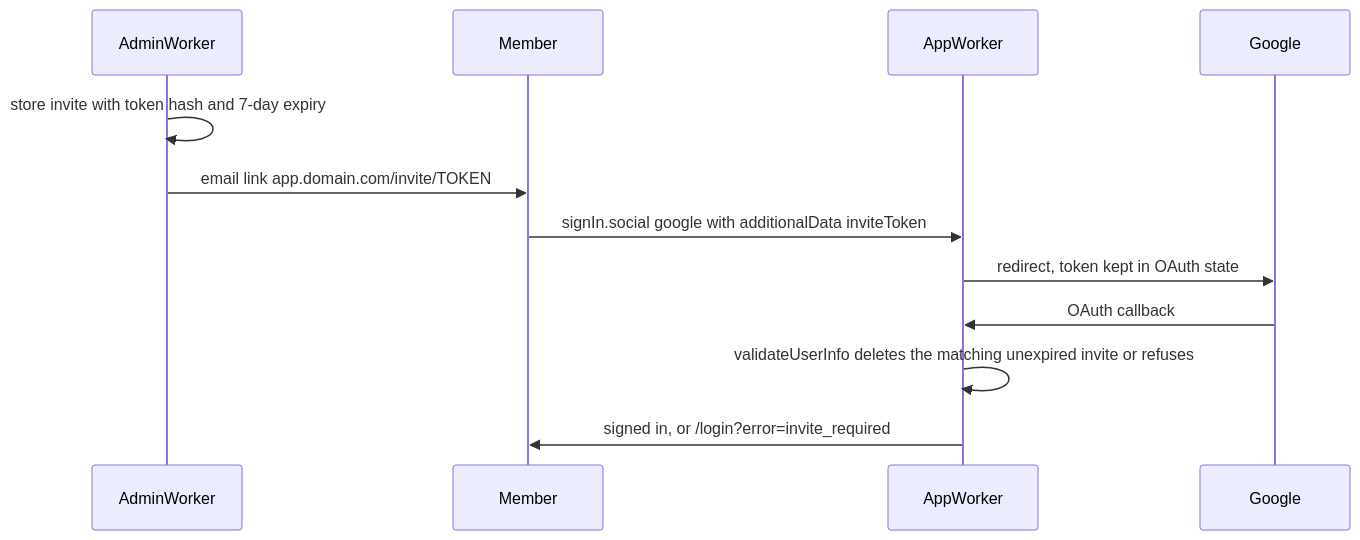
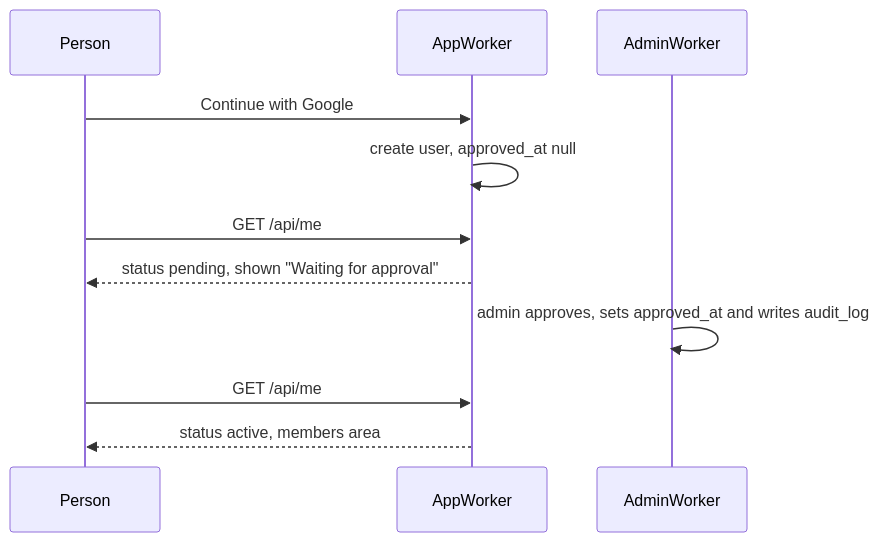
One commit to jmarquiss/hampset changed the second of 2 diagrams in PLAN.md. Above: the diagram before and after it, drawn with Mermaid. The commit also changed other lines of this file and 100 other files, not shown here.

````diff
--- a/PLAN.md
+++ b/PLAN.md
@@ -82,14 +82,13 @@
 ```mermaid
 sequenceDiagram
+  participant P as Person
+  participant W as AppWorker
   participant A as AdminWorker
-  participant M as Member
-  participant W as AppWorker
-  participant G as Google
-  A->>A: store invite with token hash and 7-day expiry
-  A->>M: email link app.domain.com/invite/TOKEN
-  M->>W: signIn.social google with additionalData inviteToken
-  W->>G: redirect, token kept in OAuth state
-  G->>W: OAuth callback
-  W->>W: validateUserInfo deletes the matching unexpired invite or refuses
-  W->>M: signed in, or /login?error=invite_required
+  P->>W: Continue with Google
+  W->>W: create user, approved_at null
+  P->>W: GET /api/me
+  W-->>P: status pending, shown "Waiting for approval"
+  A->>A: admin approves, sets approved_at and writes audit_log
+  P->>W: GET /api/me
+  W-->>P: status active, members area
 ```
````
